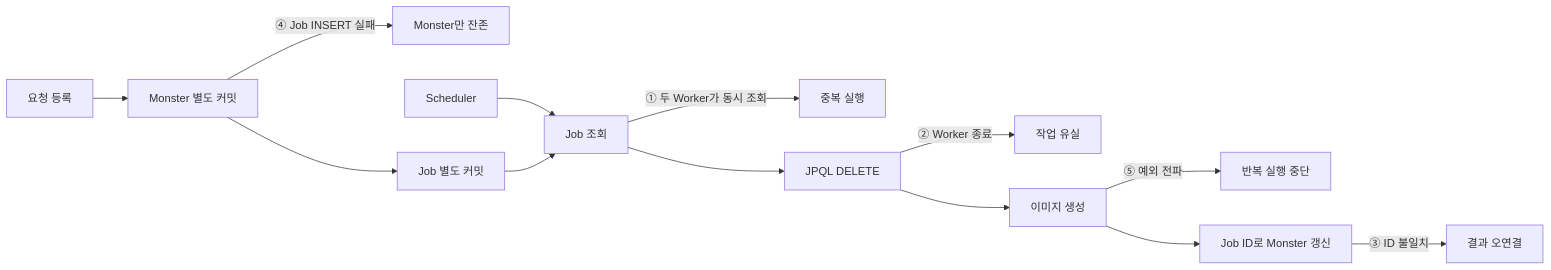
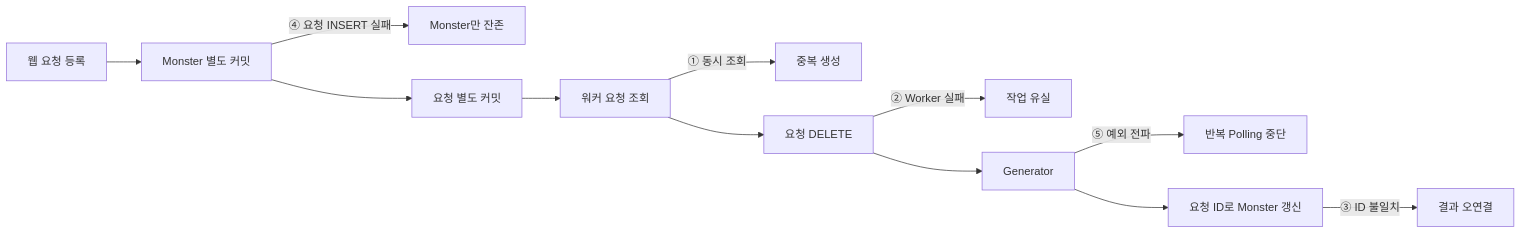
The diagram in technical-writing/03-failure-reproduction/README.md (kangrae-jo/woowa-archive), drawn with Mermaid before and after one commit. The commit also changed other lines of this file and 4 other files, not shown here.

````diff
--- a/technical-writing/03-failure-reproduction/README.md
+++ b/technical-writing/03-failure-reproduction/README.md
@@ -23,15 +25,14 @@
 ```mermaid
 flowchart LR
-    R[요청 등록] --> M[Monster 별도 커밋]
-    M -->|④ Job INSERT 실패| A[Monster만 잔존]
-    M --> J[Job 별도 커밋]
-    S[Scheduler] --> P[Job 조회]
-    J --> P
-    P -->|① 두 Worker가 동시 조회| D[중복 실행]
-    P --> X[JPQL DELETE]
-    X -->|② Worker 종료| L[작업 유실]
-    X --> G[이미지 생성]
-    G -->|⑤ 예외 전파| C[반복 실행 중단]
-    G --> U[Job ID로 Monster 갱신]
+    R[웹 요청 등록] --> M[Monster 별도 커밋]
+    M -->|④ 요청 INSERT 실패| A[Monster만 잔존]
+    M --> J[요청 별도 커밋]
+    J --> P[워커 요청 조회]
+    P -->|① 동시 조회| D[중복 생성]
+    P --> X[요청 DELETE]
+    X -->|② Worker 실패| L[작업 유실]
+    X --> G[Generator]
+    G -->|⑤ 예외 전파| S[반복 Polling 중단]
+    G --> U[요청 ID로 Monster 갱신]
     U -->|③ ID 불일치| W[결과 오연결]
 ```
````
